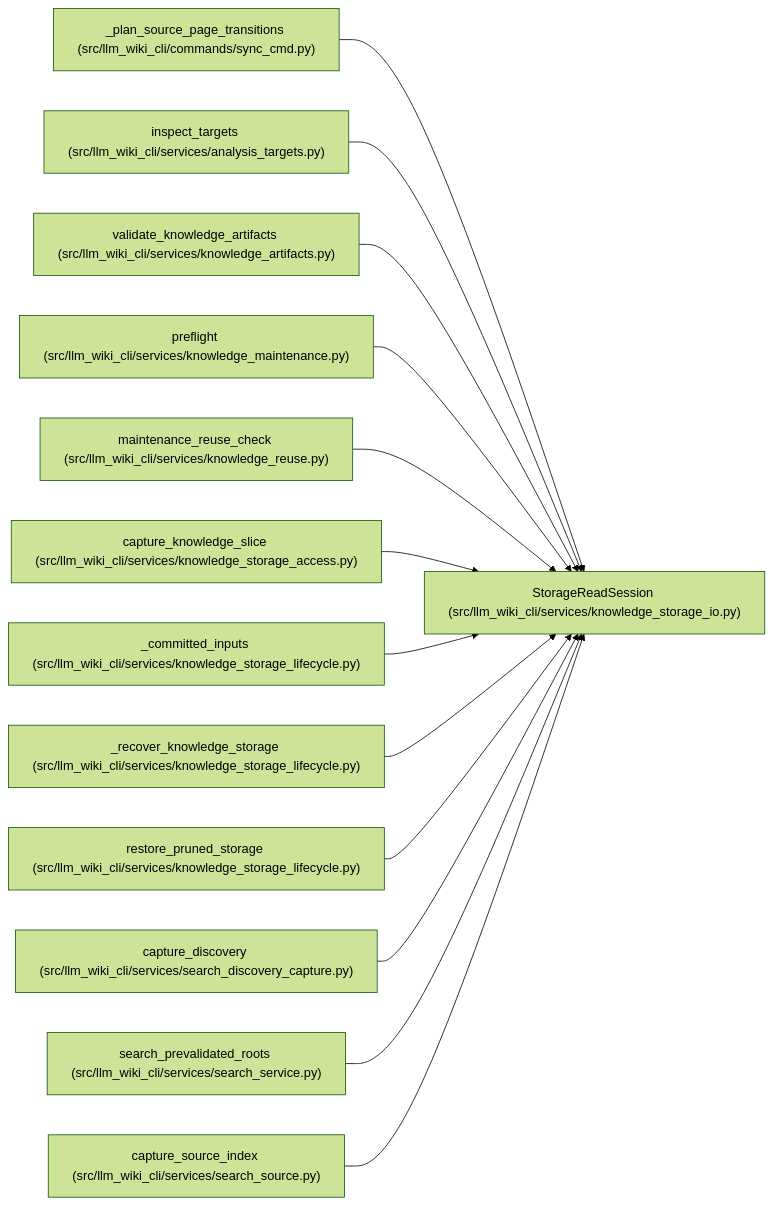
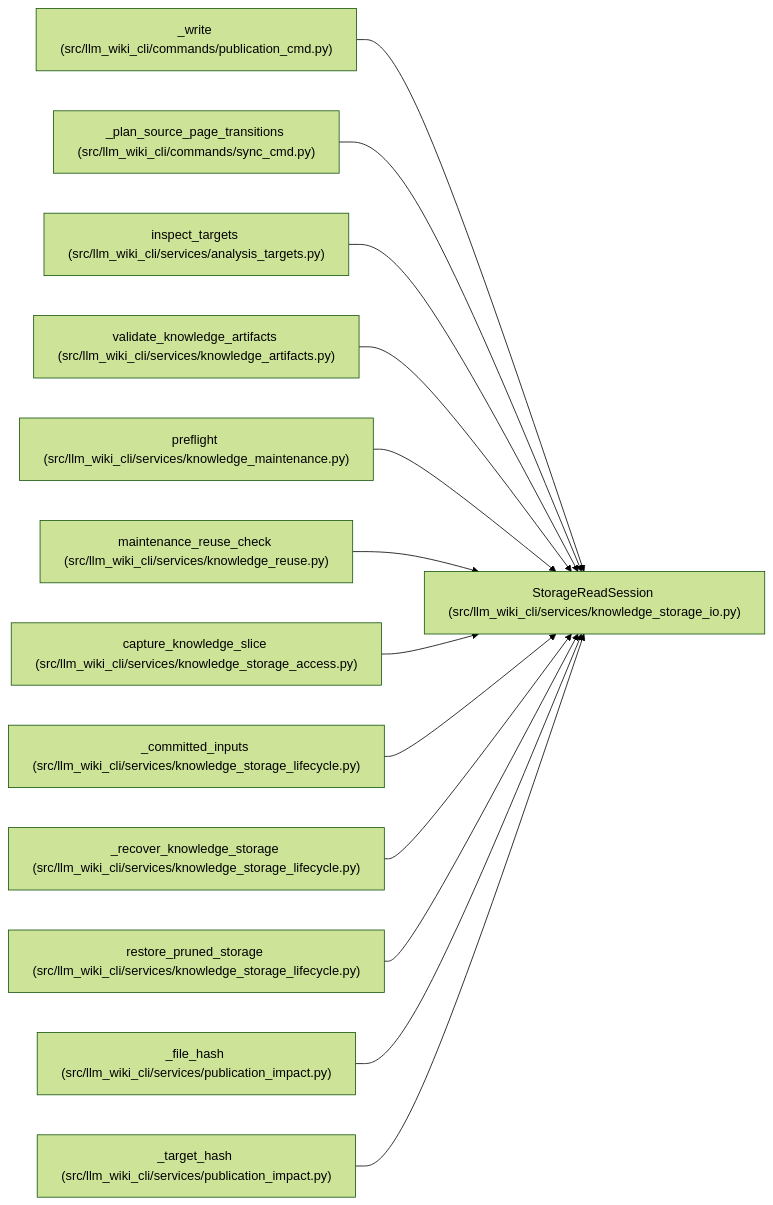
The diagram in docs/llm_wiki/entities/StorageReadSession.md (Denissvgn/python-wiki-llm), drawn with Mermaid (forest theme) before and after one commit. The commit also changed other lines of this file and 479 other files, not shown here.

Commit message:
feat: add portable sibling wiki impact and review workflow

````diff
--- a/docs/llm_wiki/entities/StorageReadSession.md
+++ b/docs/llm_wiki/entities/StorageReadSession.md
@@ -34,41 +34,41 @@
 ```mermaid
 flowchart LR
     n0["StorageReadSession (src/llm_wiki_cli/services/knowledge_storage_io.py)"]
-    n1["_plan_source_page_transitions (src/llm_wiki_cli/commands/sync_cmd.py)"]
-    n2["inspect_targets (src/llm_wiki_cli/services/analysis_targets.py)"]
-    n3["validate_knowledge_artifacts (src/llm_wiki_cli/services/knowledge_artifacts.py)"]
-    n4["preflight (src/llm_wiki_cli/services/knowledge_maintenance.py)"]
-    n5["maintenance_reuse_check (src/llm_wiki_cli/services/knowledge_reuse.py)"]
-    n6["capture_knowledge_slice (src/llm_wiki_cli/services/knowledge_storage_access.py)"]
-    n7["_committed_inputs (src/llm_wiki_cli/services/knowledge_storage_lifecycle.py)"]
-    n8["_recover_knowledge_storage (src/llm_wiki_cli/services/knowledge_storage_lifecycle.py)"]
-    n9["restore_pruned_storage (src/llm_wiki_cli/services/knowledge_storage_lifecycle.py)"]
-    n10["capture_discovery (src/llm_wiki_cli/services/search_discovery_capture.py)"]
-    n11["search_prevalidated_roots (src/llm_wiki_cli/services/search_service.py)"]
-    n12["capture_source_index (src/llm_wiki_cli/services/search_source.py)"]
+    n1["_write (src/llm_wiki_cli/commands/publication_cmd.py)"]
+    n2["_plan_source_page_transitions (src/llm_wiki_cli/commands/sync_cmd.py)"]
+    n3["inspect_targets (src/llm_wiki_cli/services/analysis_targets.py)"]
+    n4["validate_knowledge_artifacts (src/llm_wiki_cli/services/knowledge_artifacts.py)"]
+    n5["preflight (src/llm_wiki_cli/services/knowledge_maintenance.py)"]
+    n6["maintenance_reuse_check (src/llm_wiki_cli/services/knowledge_reuse.py)"]
+    n7["capture_knowledge_slice (src/llm_wiki_cli/services/knowledge_storage_access.py)"]
+    n8["_committed_inputs (src/llm_wiki_cli/services/knowledge_storage_lifecycle.py)"]
+    n9["_recover_knowledge_storage (src/llm_wiki_cli/services/knowledge_storage_lifecycle.py)"]
+    n10["restore_pruned_storage (src/llm_wiki_cli/services/knowledge_storage_lifecycle.py)"]
+    n11["_file_hash (src/llm_wiki_cli/services/publication_impact.py)"]
+    n12["_target_hash (src/llm_wiki_cli/services/publication_impact.py)"]
     n1 --> n0
     n2 --> n0
     n3 --> n0
     n4 --> n0
     n5 --> n0
     n6 --> n0
     n7 --> n0
     n8 --> n0
     n9 --> n0
     n10 --> n0
     n11 --> n0
     n12 --> n0
     click n0 "../modules/knowledge_storage_io.md"
-    click n1 "../modules/sync_cmd.md"
-    click n2 "../modules/analysis_targets.md"
-    click n3 "../modules/knowledge_artifacts.md"
-    click n4 "../modules/knowledge_maintenance.md"
-    click n5 "../modules/knowledge_reuse.md"
-    click n6 "../modules/knowledge_storage_access.md"
-    click n7 "../modules/knowledge_storage_lifecycle.md"
+    click n1 "../modules/publication_cmd.md"
+    click n2 "../modules/sync_cmd.md"
+    click n3 "../modules/analysis_targets.md"
+    click n4 "../modules/knowledge_artifacts.md"
+    click n5 "../modules/knowledge_maintenance.md"
+    click n6 "../modules/knowledge_reuse.md"
+    click n7 "../modules/knowledge_storage_access.md"
     click n8 "../modules/knowledge_storage_lifecycle.md"
     click n9 "../modules/knowledge_storage_lifecycle.md"
-    click n10 "../modules/search_discovery_capture.md"
-    click n11 "../modules/search_service.md"
-    click n12 "../modules/search_source.md"
+    click n10 "../modules/knowledge_storage_lifecycle.md"
+    click n11 "../modules/publication_impact.md"
+    click n12 "../modules/publication_impact.md"
 ```
````
